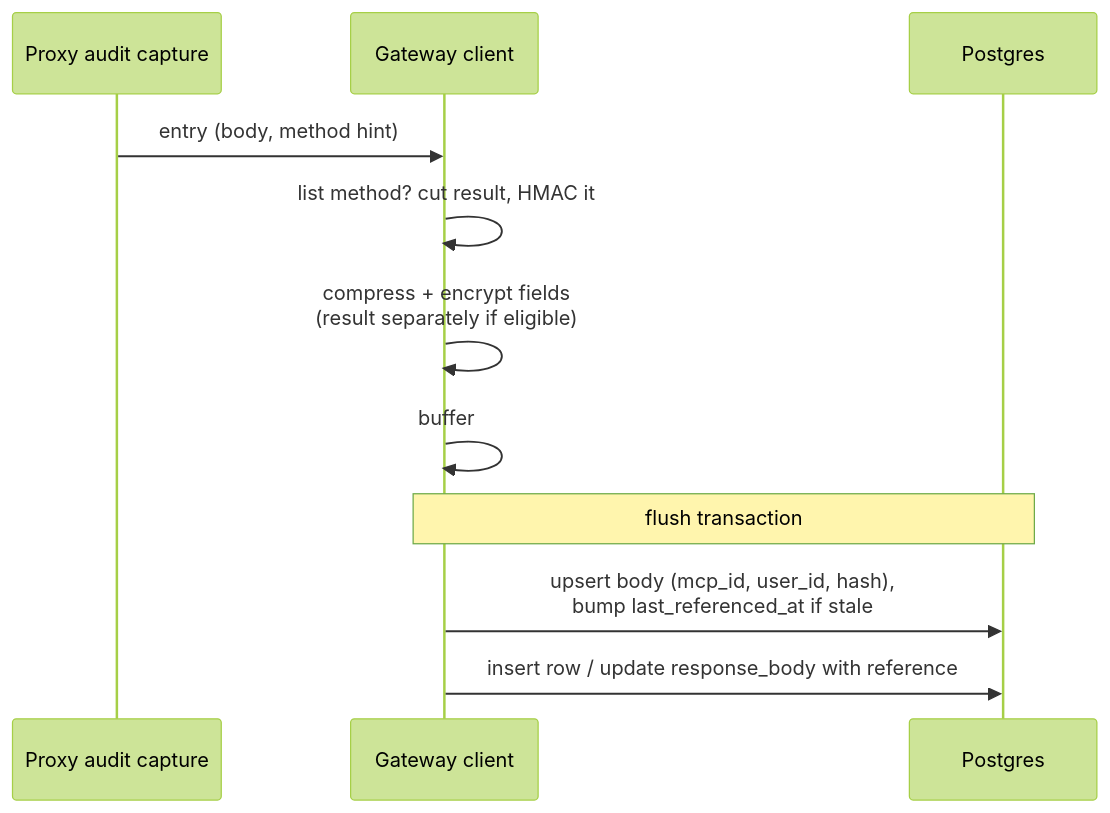
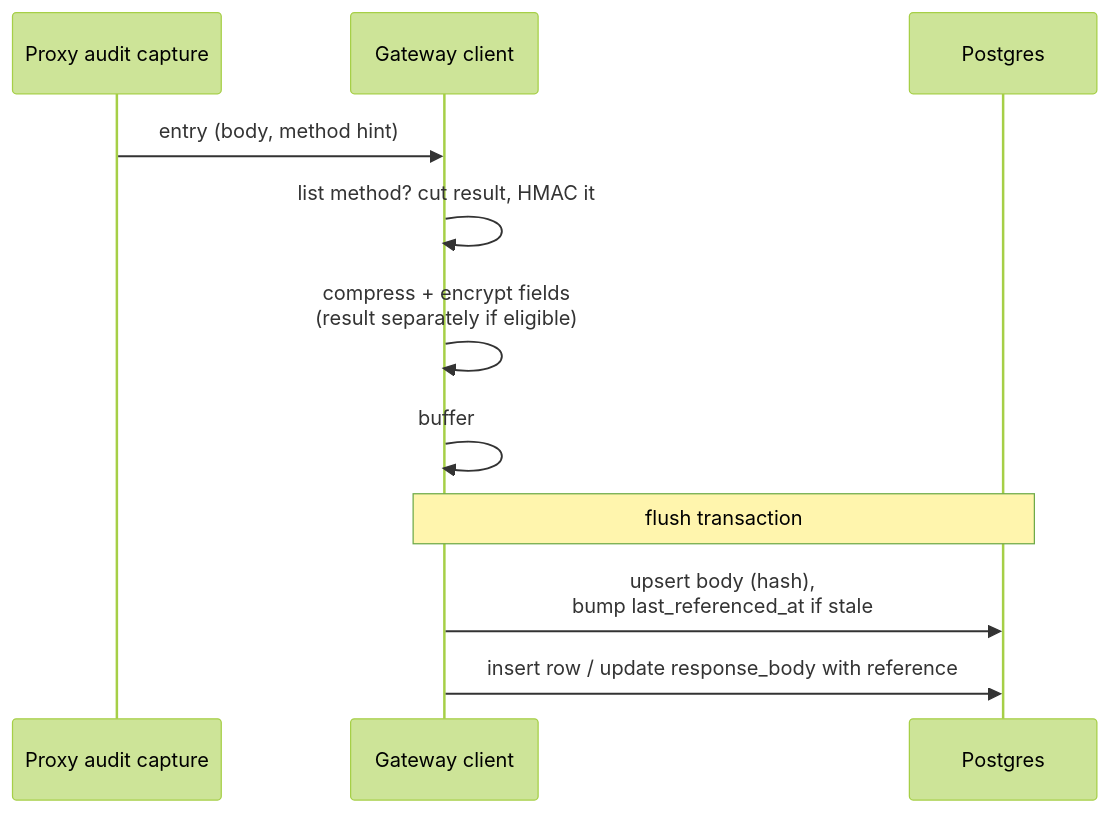
The diagram in proposals/2026-11-10-audit-log-body-dedup-compression/README.md (obot-platform/obot-design-proposals), drawn with Mermaid (forest theme) before and after one commit. The commit also changed other lines of this file, not shown here.

````diff
--- a/proposals/2026-11-10-audit-log-body-dedup-compression/README.md
+++ b/proposals/2026-11-10-audit-log-body-dedup-compression/README.md
@@ -184,13 +189,13 @@
 ```mermaid
 sequenceDiagram
     participant P as Proxy audit capture
     participant C as Gateway client
     participant DB as Postgres
     P->>C: entry (body, method hint)
     C->>C: list method? cut result, HMAC it
     C->>C: compress + encrypt fields<br/>(result separately if eligible)
     C->>C: buffer
     Note over C,DB: flush transaction
-    C->>DB: upsert body (mcp_id, user_id, hash),<br/>bump last_referenced_at if stale
+    C->>DB: upsert body (hash),<br/>bump last_referenced_at if stale
     C->>DB: insert row / update response_body with reference
 ```
````
